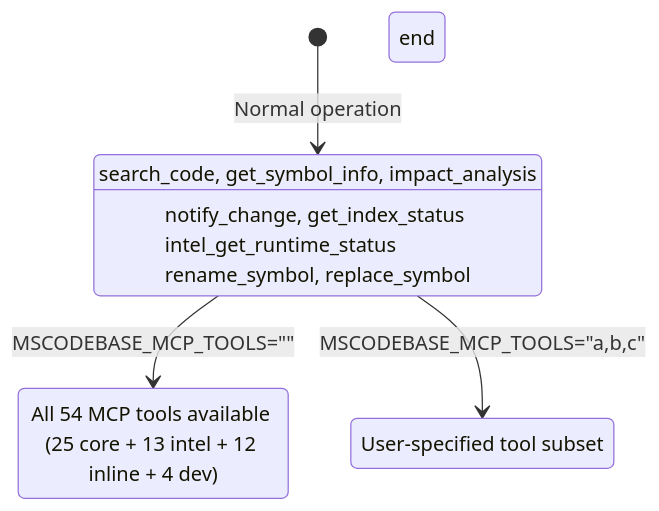
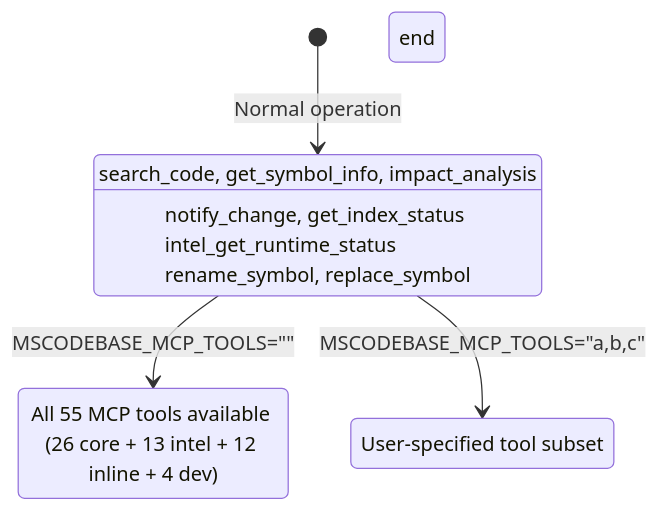
Before and after one commit to ManSio/mscodebase-intelligence: the third of 4 diagrams in docs/en/GRACEFUL_DEGRADATION.md, drawn with Mermaid. The commit also changed 33 other files, not shown here.

````diff
--- a/docs/en/GRACEFUL_DEGRADATION.md
+++ b/docs/en/GRACEFUL_DEGRADATION.md
@@ -84,22 +84,22 @@
 ```mermaid
 stateDiagram-v2
     [*] --> DEFAULT_TOOLS: Normal operation
 
     state DEFAULT_TOOLS[Visible: 12 tools]
         DEFAULT_TOOLS: search_code, get_symbol_info, impact_analysis
         DEFAULT_TOOLS: notify_change, get_index_status
         DEFAULT_TOOLS: intel_get_runtime_status
         DEFAULT_TOOLS: rename_symbol, replace_symbol
     end
 
     DEFAULT_TOOLS --> ALL_TOOLS: MSCODEBASE_MCP_TOOLS=""
     DEFAULT_TOOLS --> CUSTOM_TOOLS: MSCODEBASE_MCP_TOOLS="a,b,c"
 
-    state ALL_TOOLS[Visible: 54 tools]
-        ALL_TOOLS: All 54 MCP tools available (25 core + 13 intel + 12 inline + 4 dev)
+    state ALL_TOOLS[Visible: 55 tools]
+        ALL_TOOLS: All 55 MCP tools available (26 core + 13 intel + 12 inline + 4 dev)
     end
 
     state CUSTOM_TOOLS[Custom selection]
         CUSTOM_TOOLS: User-specified tool subset
     end
 ```
````
